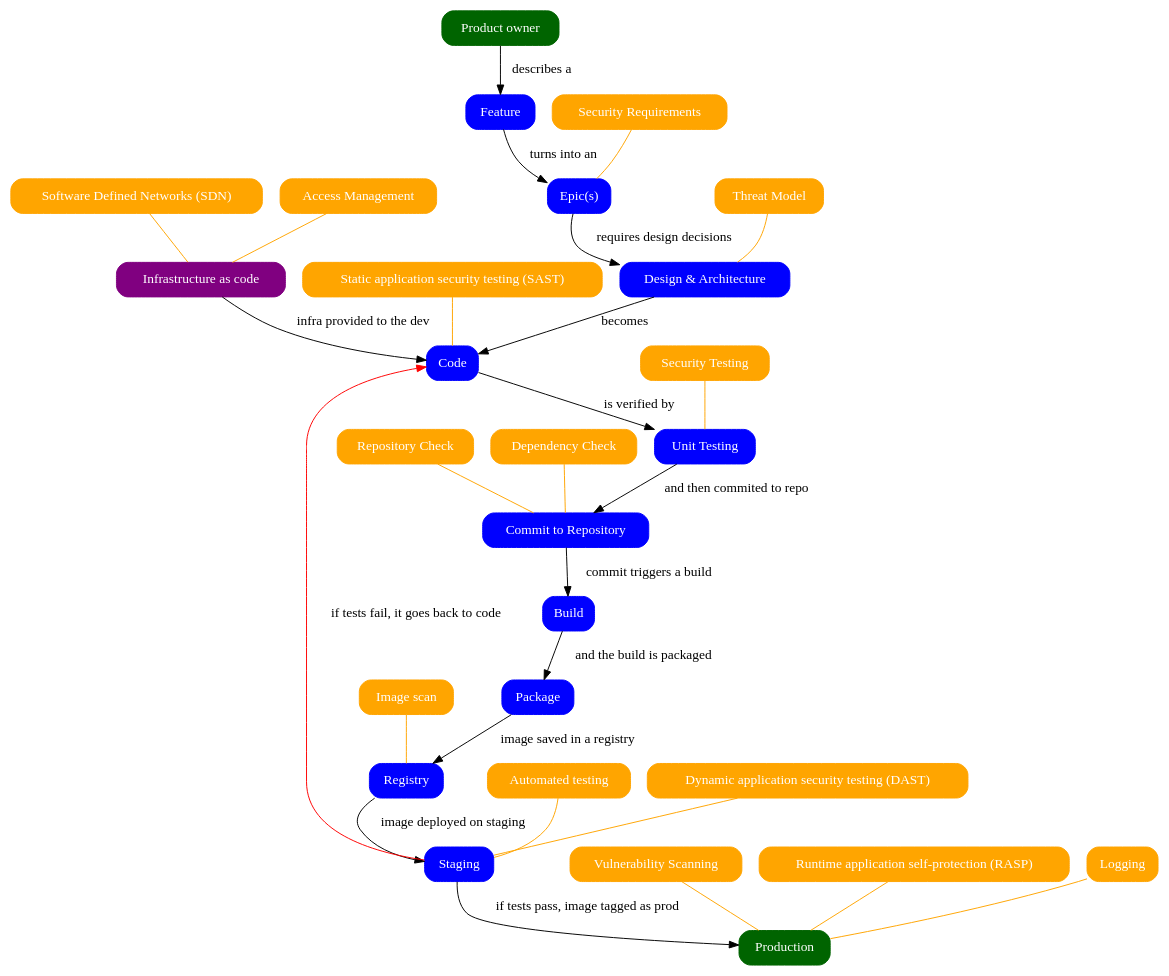
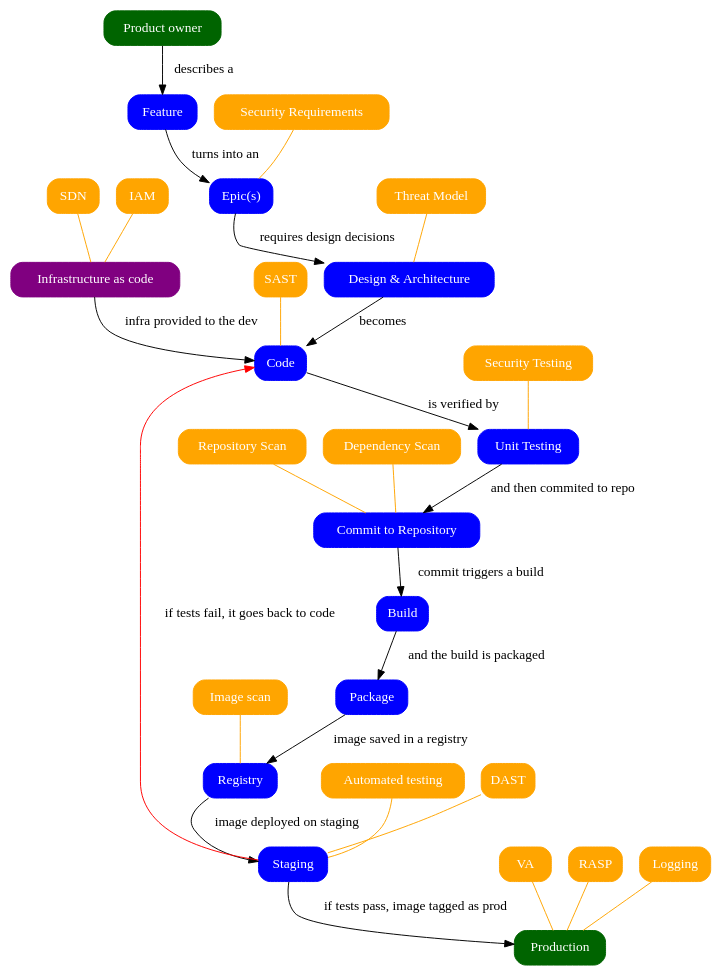
One commit to dstergiou/workflow changed the diagram in AppSec.dot. Above: the diagram before and after it, drawn with Graphviz.

Commit message:
Switched to initials vs full words

```diff
--- a/AppSec.dot
+++ b/AppSec.dot
@@ -54,7 +54,7 @@
         style="rounded,filled", 
         color=orange, 
         fontcolor=white,
-        label="Static application security testing (SAST)";
+        label="SAST";
     ]
     infrastructure_as_code[
         shape=box, 
@@ -68,14 +68,14 @@
         style="rounded,filled", 
         color=orange, 
         fontcolor=white,
-        label="Access Management";
+        label="IAM";
     ]
     network_segregation[
         shape=box, 
         style="rounded,filled", 
         color=orange, 
         fontcolor=white,
-        label="Software Defined Networks (SDN)";
+        label="SDN";
     ]
     unit_testing[
         shape=box, 
@@ -103,7 +103,7 @@
         style="rounded,filled", 
         color=orange, 
         fontcolor=white,
-        label="Repository Check";
+        label="Repository Scan";
     ]
     build[
         shape=box, 
@@ -117,7 +117,7 @@
         style="rounded,filled", 
         color=orange, 
         fontcolor=white,
-        label="Dependency Check";
+        label="Dependency Scan";
     ]
     package[
         shape=box, 
@@ -159,7 +159,7 @@
         style="rounded,filled", 
         color=orange, 
         fontcolor=white,
-        label="Dynamic application security testing (DAST)";
+        label="DAST";
     ]
     production[
         shape=box, 
@@ -173,14 +173,14 @@
         style="rounded,filled", 
         color=orange, 
         fontcolor=white,
-        label="Vulnerability Scanning";
+        label="VA";
     ]
     rasp[
         shape=box, 
         style="rounded,filled", 
         color=orange, 
         fontcolor=white,
-        label="Runtime application self-protection (RASP)";
+        label="RASP";
     ]
     logging[
         shape=box, 
```
